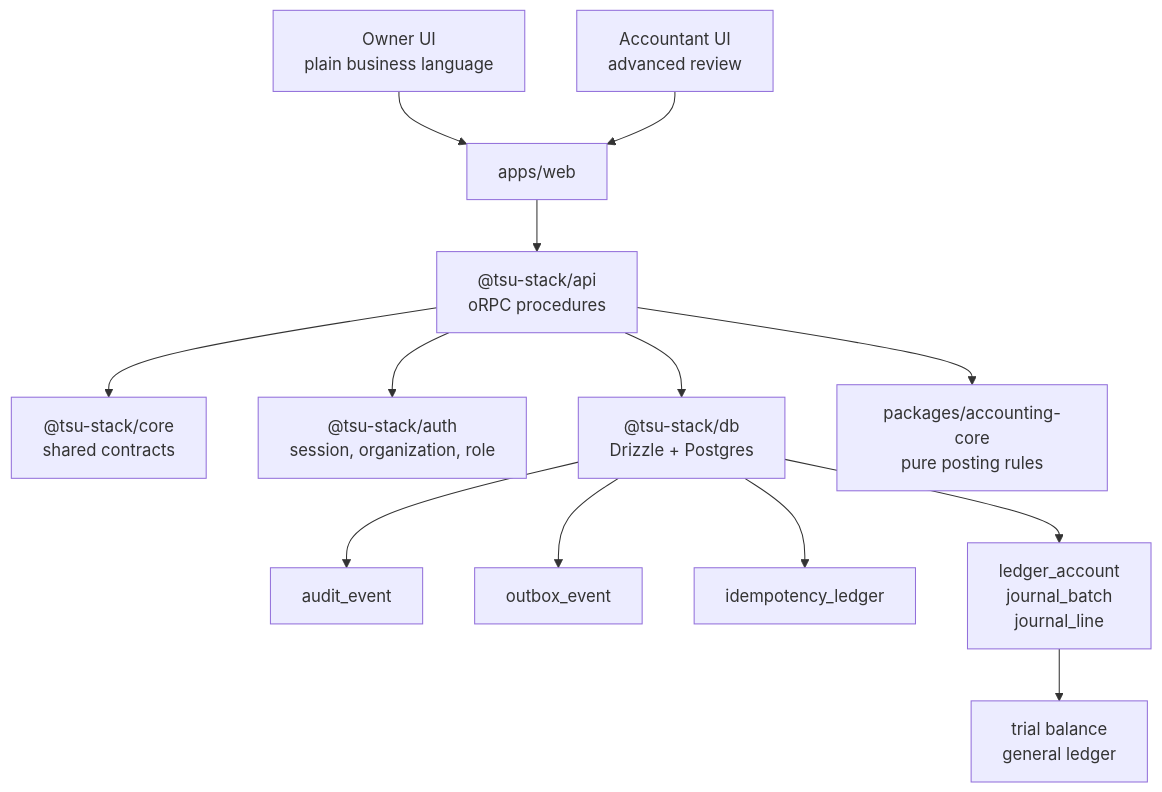
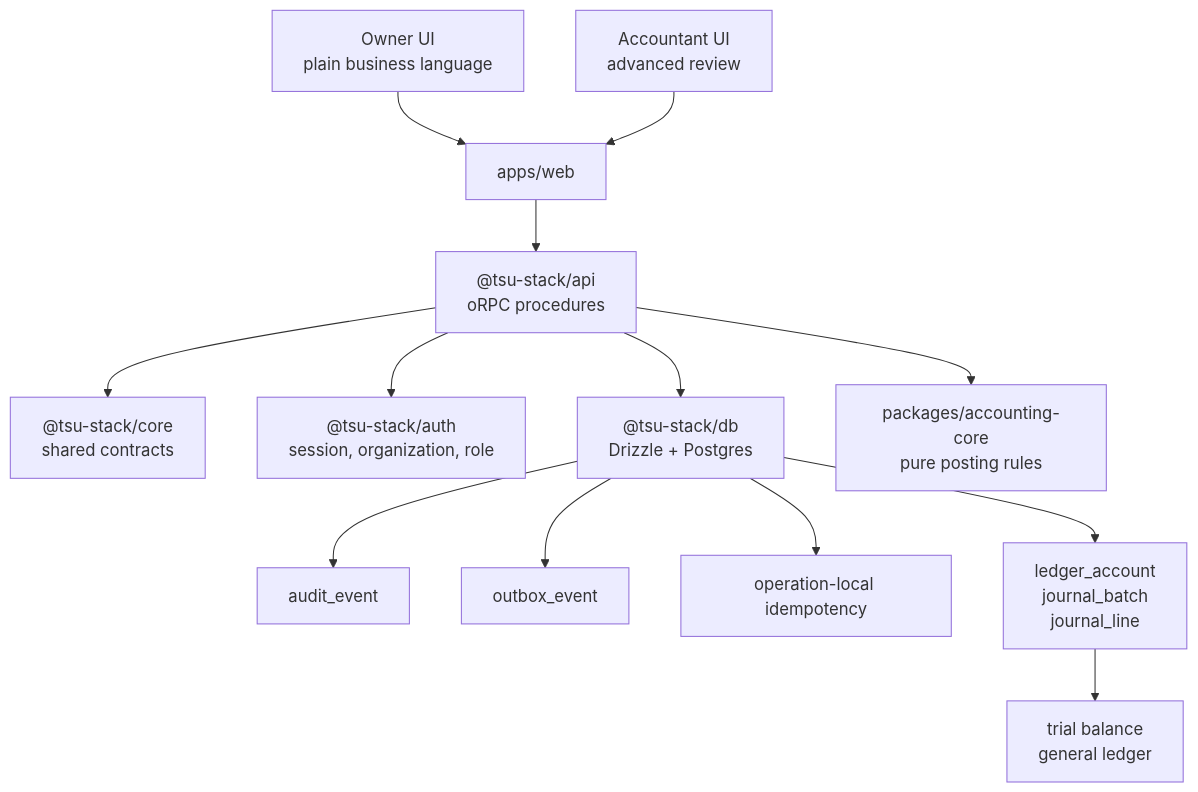
Before and after one commit to isherbuilds/edernal-books: the first of 3 diagrams in docs/superpowers/specs/2026-06-16-ai-native-accounting-foundation-design.md, drawn with Mermaid. The commit also changed other lines of this file and 35 other files, not shown here.

````diff
--- a/docs/superpowers/specs/2026-06-16-ai-native-accounting-foundation-design.md
+++ b/docs/superpowers/specs/2026-06-16-ai-native-accounting-foundation-design.md
@@ -69,15 +69,15 @@
 ```mermaid
 flowchart TD
   Owner["Owner UI<br/>plain business language"] --> Web["apps/web"]
   Accountant["Accountant UI<br/>advanced review"] --> Web
   Web --> API["@tsu-stack/api<br/>oRPC procedures"]
   API --> Core["@tsu-stack/core<br/>shared contracts"]
   API --> Auth["@tsu-stack/auth<br/>session, organization, role"]
   API --> DB["@tsu-stack/db<br/>Drizzle + Postgres"]
   API --> AccountingCore["packages/accounting-core<br/>pure posting rules"]
   DB --> Audit["audit_event"]
   DB --> Outbox["outbox_event"]
-  DB --> Idempotency["idempotency_ledger"]
+  DB --> OperationKey["operation-local idempotency"]
   DB --> Ledger["ledger_account<br/>journal_batch<br/>journal_line"]
   Ledger --> Reports["trial balance<br/>general ledger"]
 ```
````
